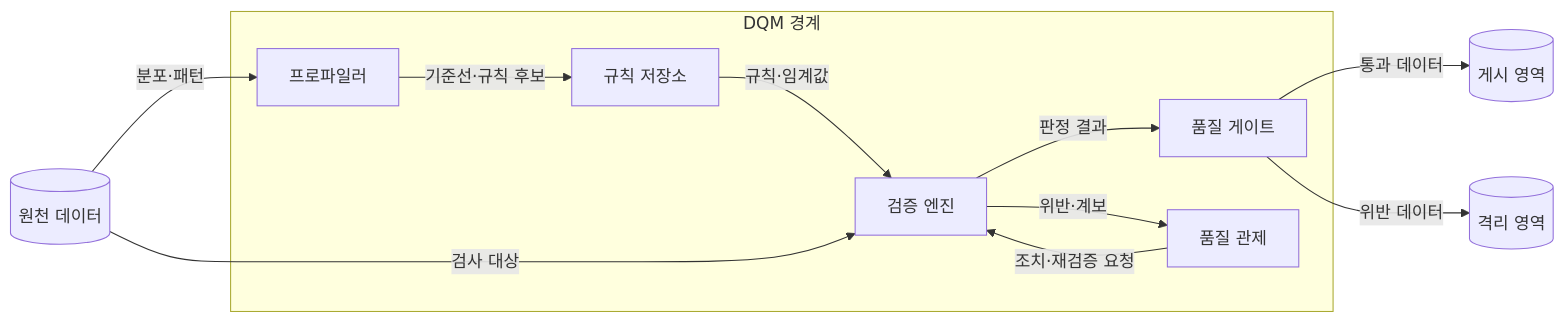
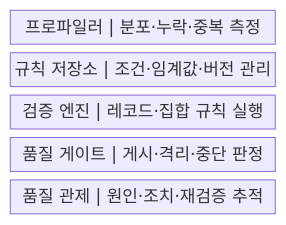
One commit to agnusdei1207/knowledge-base changed the first of 2 diagrams in src/content/docs/notes/03-software/137_data_quality_management.md. Above: the diagram before and after it, drawn with Mermaid. The commit also changed other lines of this file and 20 other files, not shown here.

````diff
--- a/src/content/docs/notes/03-software/137_data_quality_management.md
+++ b/src/content/docs/notes/03-software/137_data_quality_management.md
@@ -62,20 +58,9 @@
 ```mermaid
-flowchart LR
-    S[(원천 데이터)]
-    subgraph DQM[DQM 경계]
-        P[프로파일러]
-        R[규칙 저장소]
-        V[검증 엔진]
-        G[품질 게이트]
-        O[품질 관제]
-        P -->|기준선·규칙 후보| R
-        R -->|규칙·임계값| V
-        V -->|판정 결과| G
-        V -->|위반·계보| O
-        O -->|조치·재검증 요청| V
-    end
-    S -->|분포·패턴| P
-    S -->|검사 대상| V
-    G -->|통과 데이터| T[(게시 영역)]
-    G -->|위반 데이터| Q[(격리 영역)]
+block
+    columns 1
+    A["프로파일러 | 분포·누락·중복 측정"]
+    B["규칙 저장소 | 조건·임계값·버전 관리"]
+    C["검증 엔진 | 레코드·집합 규칙 실행"]
+    D["품질 게이트 | 게시·격리·중단 판정"]
+    E["품질 관제 | 원인·조치·재검증 추적"]
 ```
````
